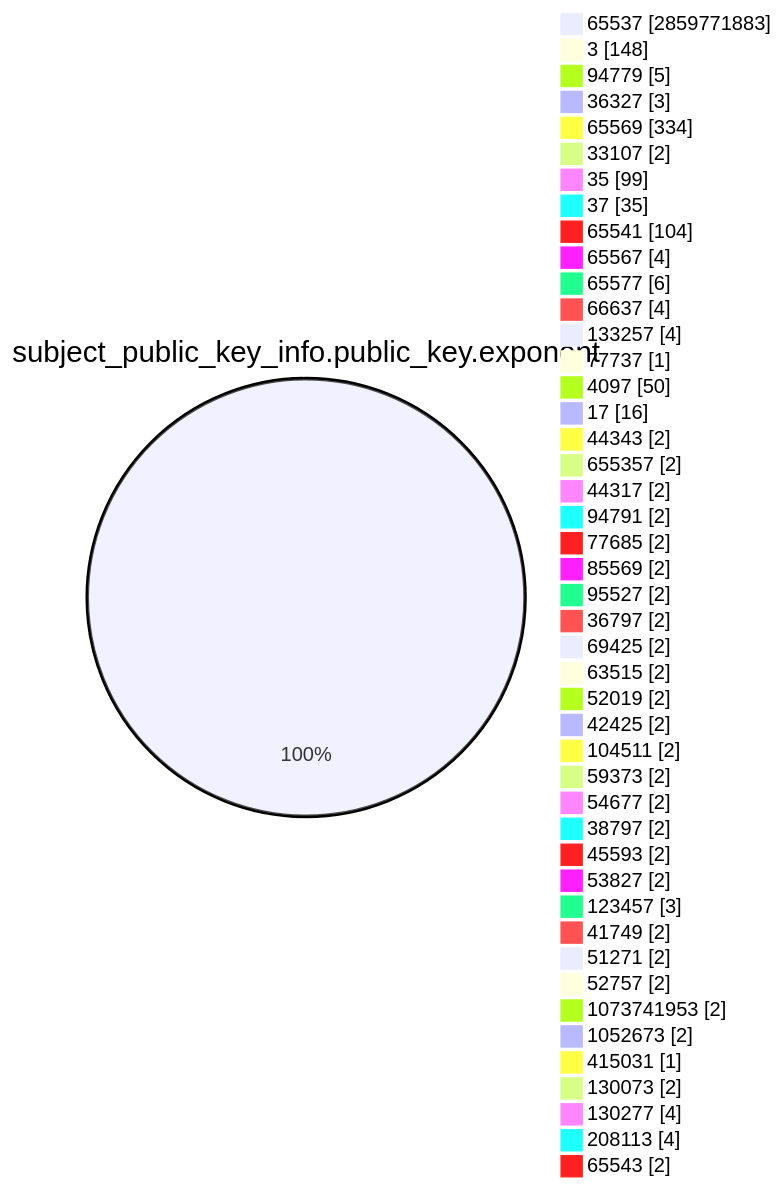
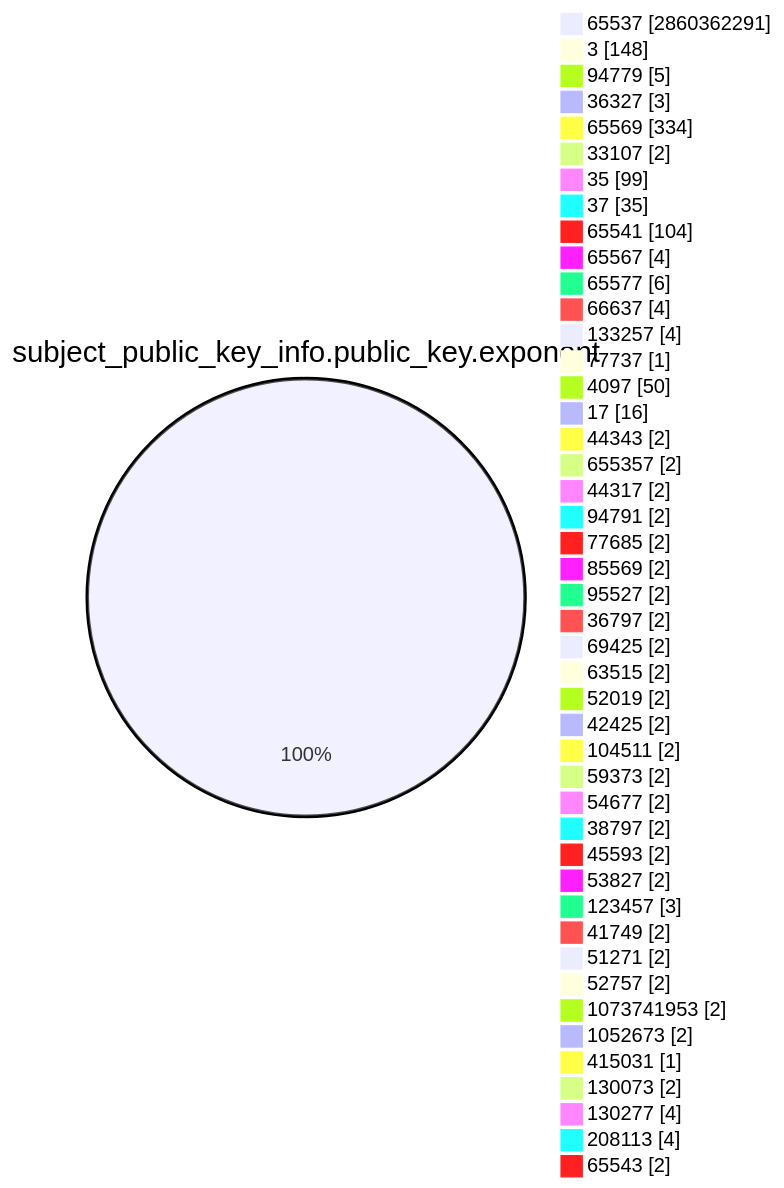
One commit to christiankrug/ctmonitor_visualization changed the fourth of 15 diagrams in TOTAL/README.md. Above: the diagram before and after it, drawn with Mermaid. The commit also changed other lines of this file, not shown here.

````diff
--- a/TOTAL/README.md
+++ b/TOTAL/README.md
@@ -1468,49 +1468,49 @@
 ```mermaid
 pie showData
 title subject_public_key_info.public_key.exponent
-"65537" :2859771883
+"65537" :2860362291
 "3" :148
 "94779" :5
 "36327" :3
 "65569" :334
 "33107" :2
 "35" :99
 "37" :35
 "65541" :104
 "65567" :4
 "65577" :6
 "66637" :4
 "133257" :4
 "77737" :1
 "4097" :50
 "17" :16
 "44343" :2
 "655357" :2
 "44317" :2
 "94791" :2
 "77685" :2
 "85569" :2
 "95527" :2
 "36797" :2
 "69425" :2
 "63515" :2
 "52019" :2
 "42425" :2
 "104511" :2
 "59373" :2
 "54677" :2
 "38797" :2
 "45593" :2
 "53827" :2
 "123457" :3
 "41749" :2
 "51271" :2
 "52757" :2
 "1073741953" :2
 "1052673" :2
 "415031" :1
 "130073" :2
 "130277" :4
 "208113" :4
 "65543" :2
 ```
````
